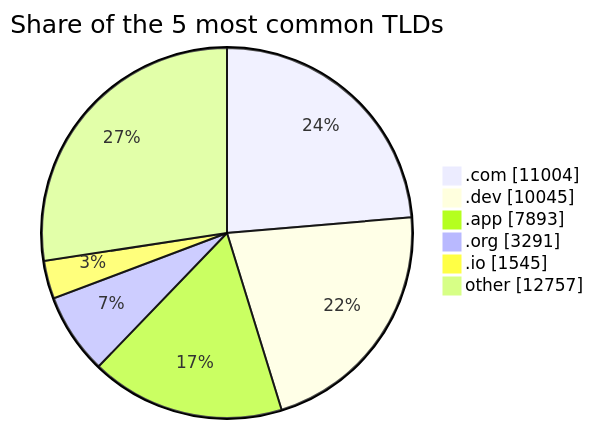
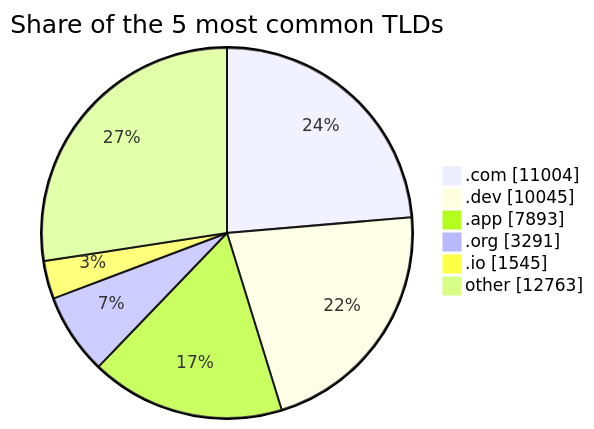
The third of 3 diagrams in README.md (DNSBunker/CTI), drawn with Mermaid before and after one commit. The commit also changed other lines of this file and 3 other files, not shown here.

````diff
--- a/README.md
+++ b/README.md
@@ -81,9 +81,9 @@
 ```mermaid
 pie showData title Share of the 5 most common TLDs
     ".com" : 11004
     ".dev" : 10045
     ".app" : 7893
     ".org" : 3291
     ".io" : 1545
-    "other" : 12757
+    "other" : 12763
 ```
````
